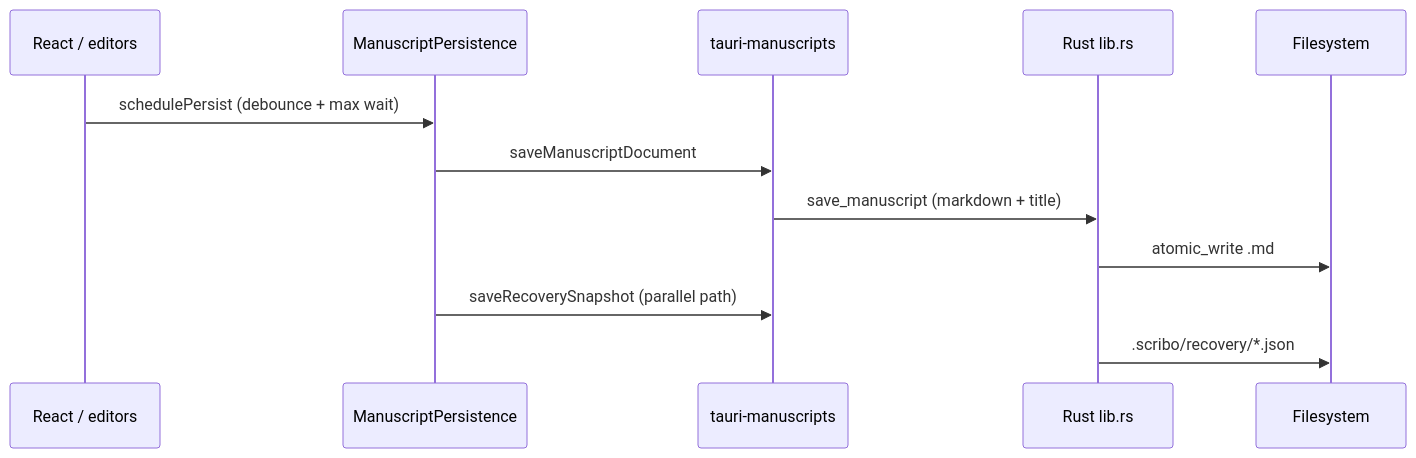
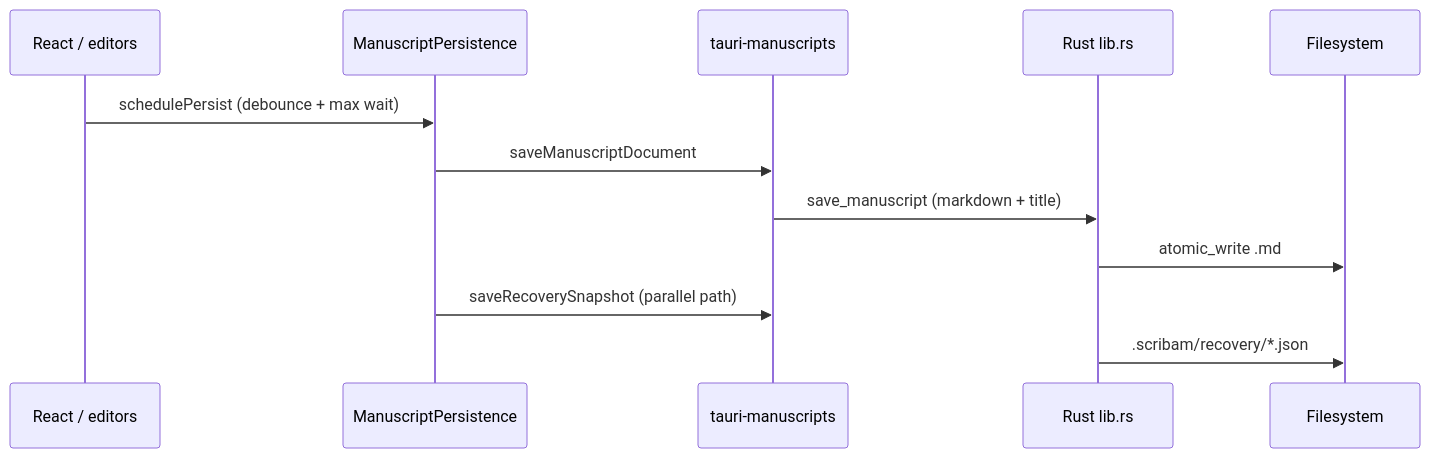
One commit to erista-scribam/base changed the diagram in docs/architecture/implementation-audit.md. Above: the diagram before and after it, drawn with Mermaid. The commit also changed other lines of this file and 151 other files, not shown here.

````diff
--- a/docs/architecture/implementation-audit.md
+++ b/docs/architecture/implementation-audit.md
@@ -28,15 +28,15 @@
 ```mermaid
 sequenceDiagram
   participant UI as React / editors
   participant MP as ManuscriptPersistence
   participant TS as tauri-manuscripts
   participant RS as Rust lib.rs
   participant FS as Filesystem
 
   UI->>MP: schedulePersist (debounce + max wait)
   MP->>TS: saveManuscriptDocument
   TS->>RS: save_manuscript (markdown + title)
   RS->>FS: atomic_write .md
   MP->>TS: saveRecoverySnapshot (parallel path)
-  RS->>FS: .scribo/recovery/*.json
+  RS->>FS: .scribam/recovery/*.json
 ```
````
